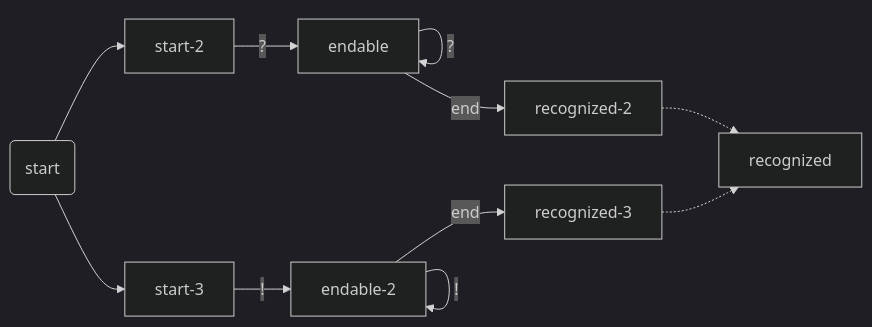
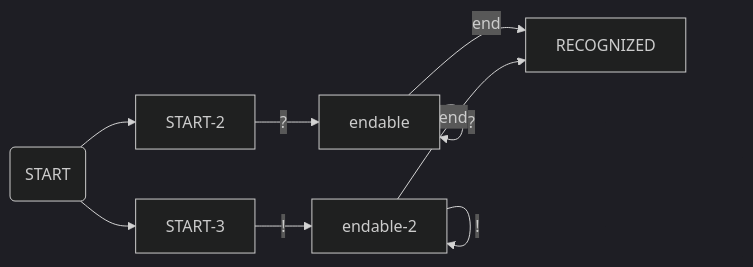
The seventh of 7 diagrams in _posts/2019-09-21-recognizing-myself.md (raganwald/raganwald.github.com), drawn with Mermaid (dark theme) before and after one commit. The commit also changed other lines of this file, not shown here.

```diff
--- a/_posts/2019-09-21-recognizing-myself.md
+++ b/_posts/2019-09-21-recognizing-myself.md
@@ -1196,13 +1183,11 @@
 <div class="mermaid">
   graph LR
-    start(start)-->start-2
-    start-->start-3
-    start-2-->|?|endable
+    START(START)-->START-2
+    START-->START-3
+    START-2-->|?|endable
     endable-->|?|endable
-    endable-->|end|recognized-2
-    start-3-->|!|endable-2
+    endable-->|end|RECOGNIZED
+    START-3-->|!|endable-2
     endable-2-->|!|endable-2
-    endable-2-->|end|recognized-3
-    recognized-2-.->recognized
-    recognized-3-.->recognized
+    endable-2-->|end|RECOGNIZED
 </div>
```
